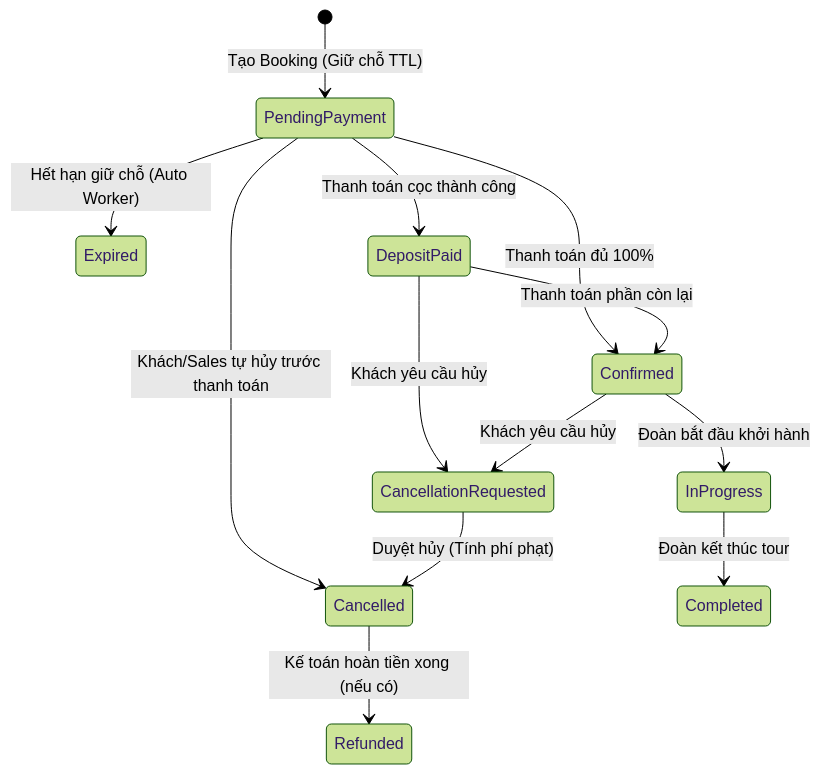
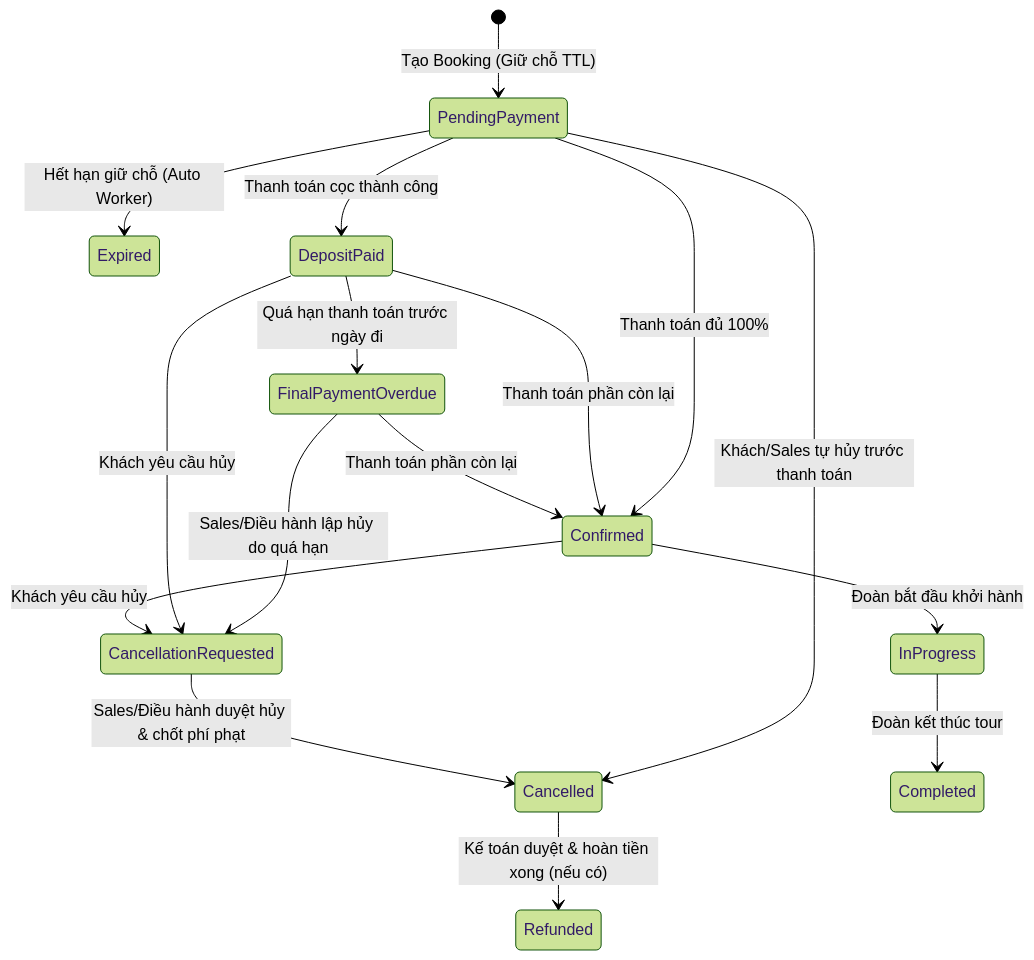
One commit to jtuongdang/web_manage_booking_tour_travel changed the diagram in doc/03-nghiep-vu-dat-tour-va-giu-cho.md. Above: the diagram before and after it, drawn with Mermaid (forest theme). The commit also changed other lines of this file and 13 other files, not shown here.

Commit message:
docs(db): finalize business specs, SQL Server 2022 schema, AGENTS.md and DevAgent validator

````diff
--- a/doc/03-nghiep-vu-dat-tour-va-giu-cho.md
+++ b/doc/03-nghiep-vu-dat-tour-va-giu-cho.md
@@ -58,18 +58,21 @@
 ```mermaid
 stateDiagram-v2
     [*] --> PendingPayment: Tạo Booking (Giữ chỗ TTL)
     PendingPayment --> Expired: Hết hạn giữ chỗ (Auto Worker)
     PendingPayment --> Cancelled: Khách/Sales tự hủy trước thanh toán
     PendingPayment --> DepositPaid: Thanh toán cọc thành công
     PendingPayment --> Confirmed: Thanh toán đủ 100%
 
     DepositPaid --> Confirmed: Thanh toán phần còn lại
+    DepositPaid --> FinalPaymentOverdue: Quá hạn thanh toán trước ngày đi
+    FinalPaymentOverdue --> Confirmed: Thanh toán phần còn lại
+    FinalPaymentOverdue --> CancellationRequested: Sales/Điều hành lập hủy do quá hạn
     DepositPaid --> CancellationRequested: Khách yêu cầu hủy
     Confirmed --> CancellationRequested: Khách yêu cầu hủy
 
-    CancellationRequested --> Cancelled: Duyệt hủy (Tính phí phạt)
-    Cancelled --> Refunded: Kế toán hoàn tiền xong (nếu có)
+    CancellationRequested --> Cancelled: Sales/Điều hành duyệt hủy & chốt phí phạt
+    Cancelled --> Refunded: Kế toán duyệt & hoàn tiền xong (nếu có)
 
     Confirmed --> InProgress: Đoàn bắt đầu khởi hành
     InProgress --> Completed: Đoàn kết thúc tour
 ```
````
